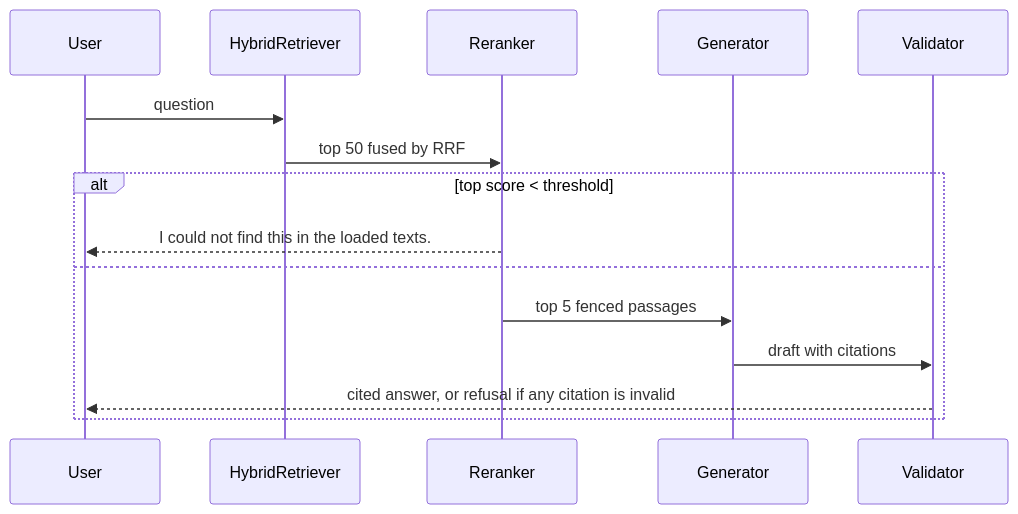
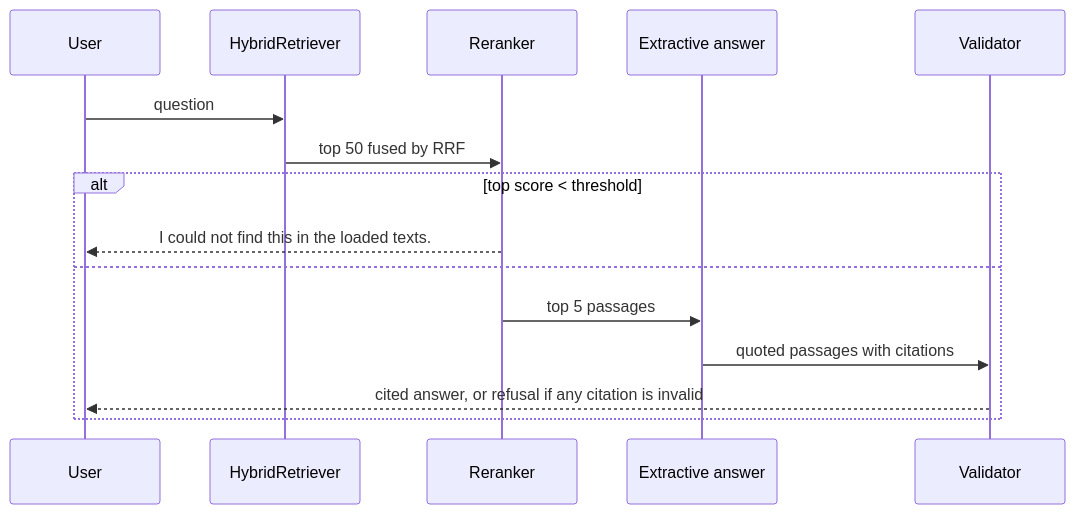
One commit to IgorCSIS/scripture-rag changed the diagram in README.md. Above: the diagram before and after it, drawn with Mermaid. The commit also changed other lines of this file and 2 other files, not shown here.

Commit message:
Docs: drop the LLM generation step; answers are extractive

````diff
--- a/README.md
+++ b/README.md
@@ -119,17 +115,17 @@
 ```mermaid
 sequenceDiagram
   participant U as User
   participant R as HybridRetriever
   participant RR as Reranker
-  participant G as Generator
+  participant E as Extractive answer
   participant V as Validator
   U->>R: question
   R->>RR: top 50 fused by RRF
   alt top score < threshold
     RR-->>U: I could not find this in the loaded texts.
   else
-    RR->>G: top 5 fenced passages
-    G->>V: draft with citations
+    RR->>E: top 5 passages
+    E->>V: quoted passages with citations
     V-->>U: cited answer, or refusal if any citation is invalid
   end
 ```
````
